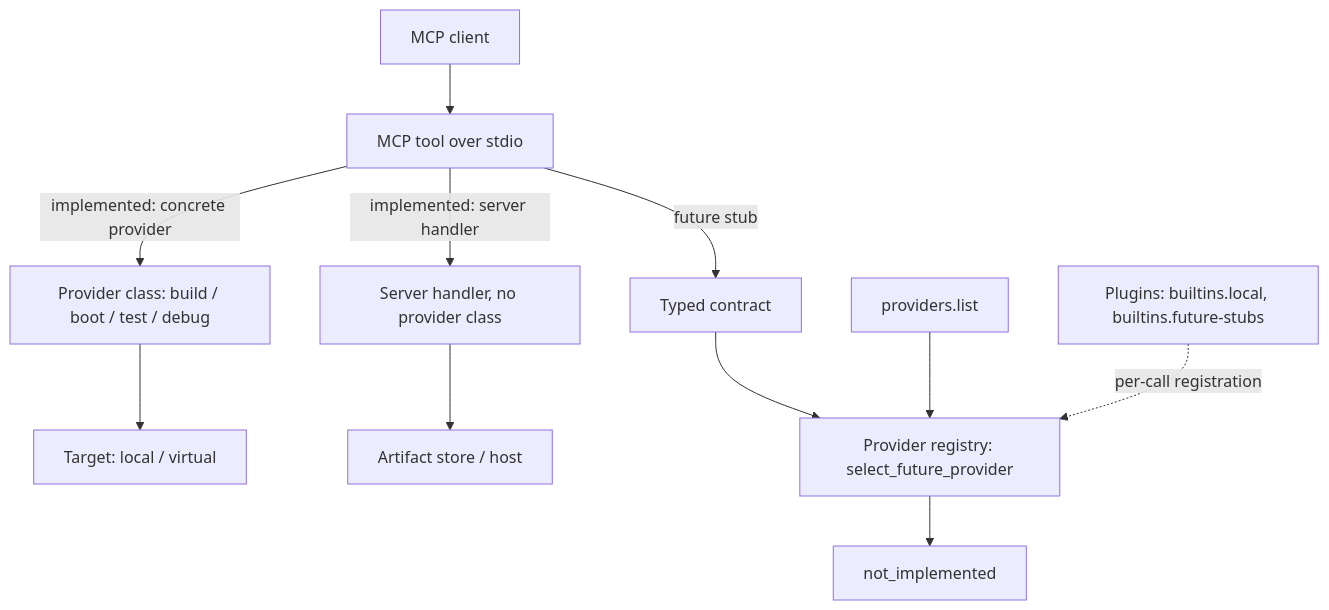
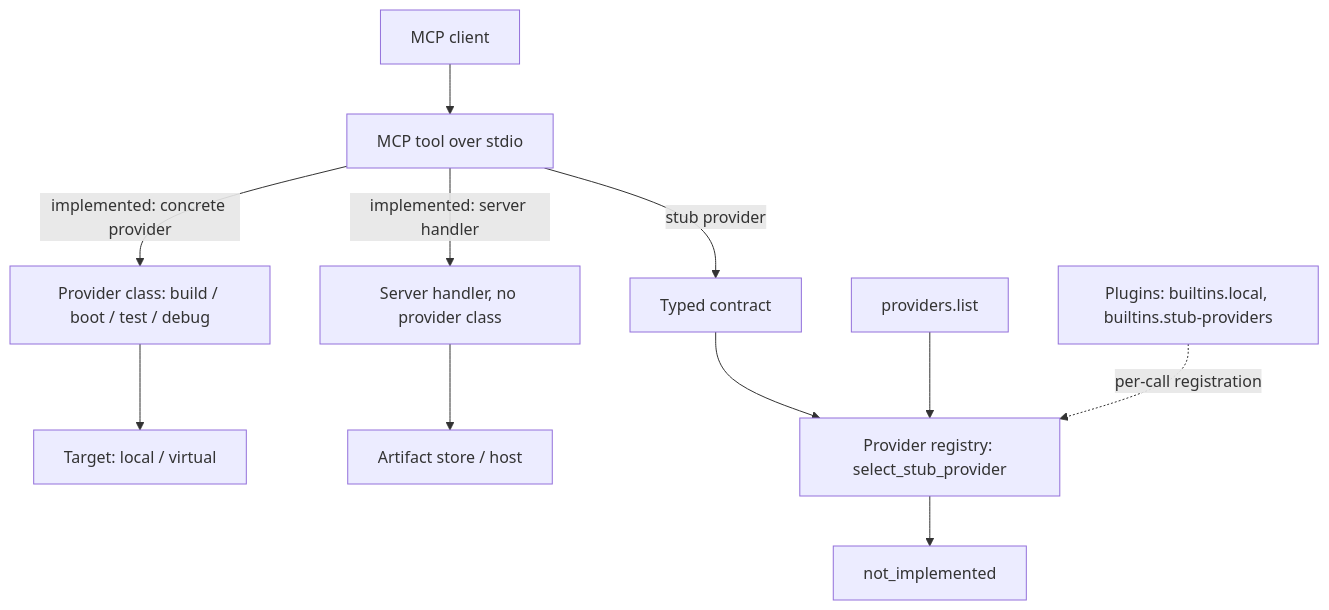
The diagram in README.md (randomparity/linux-debug-mcp), drawn with Mermaid before and after one commit. The commit also changed other lines of this file and 9 other files, not shown here.

Commit message:
refactor: rename provider stubs vocabulary

````diff
--- a/README.md
+++ b/README.md
@@ -47,19 +47,19 @@
 ```mermaid
 flowchart TD
     client[MCP client]
     tool[MCP tool over stdio]
     client --> tool
 
     tool -->|implemented: concrete provider| prov[Provider class: build / boot / test / debug]
     prov --> target[Target: local / virtual]
 
     tool -->|implemented: server handler| orch[Server handler, no provider class]
     orch --> store[Artifact store / host]
 
-    tool -->|future stub| contract[Typed contract]
-    contract --> registry[Provider registry: select_future_provider]
+    tool -->|stub provider| contract[Typed contract]
+    contract --> registry[Provider registry: select_stub_provider]
     registry --> ni[not_implemented]
 
     list[providers.list] --> registry
-    plugins[Plugins: builtins.local, builtins.future-stubs] -.->|per-call registration| registry
+    plugins[Plugins: builtins.local, builtins.stub-providers] -.->|per-call registration| registry
 ```
````
